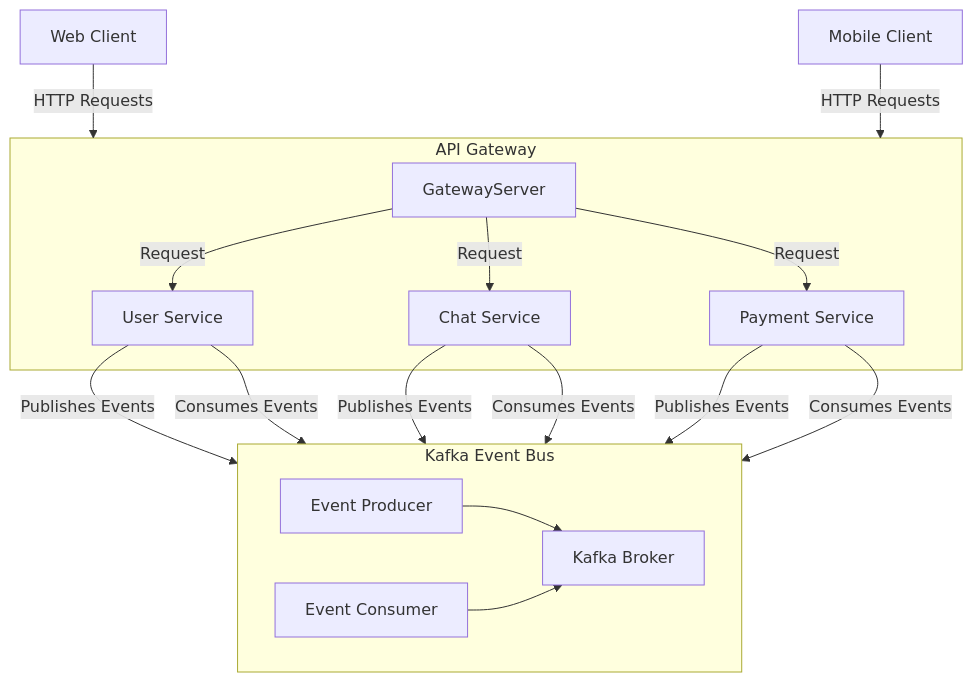
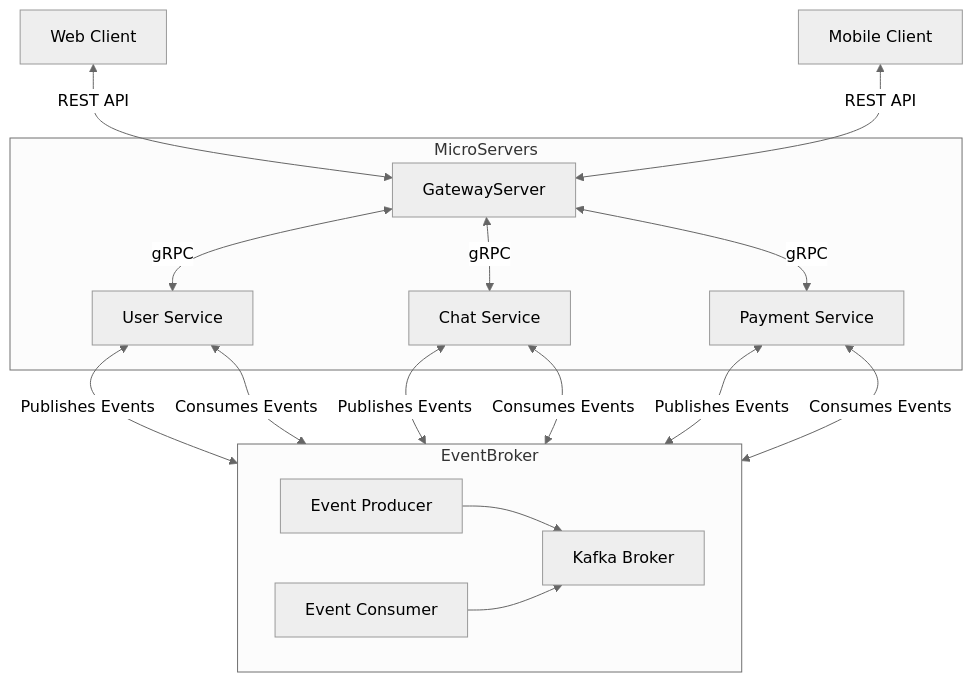
The diagram in README.md (hearlersofficial/hearlers-api), drawn with Mermaid before and after one commit. The commit also changed other lines of this file and 4 other files, not shown here.

````diff
--- a/README.md
+++ b/README.md
@@ -88,34 +52,34 @@
 ```mermaid
+%%{init: {'theme':'neutral'}}%%
 flowchart TD
     %% 외부 클라이언트에서 게이트웨이로의 접근
     Client1["Web Client"]
     Client2["Mobile Client"]
-    Client1 -->|HTTP Requests| APIGateway
-    Client2 -->|HTTP Requests| APIGateway
+    Client1 <-->|REST API| GatewayServer
+    Client2 <-->|REST API| GatewayServer
 
     %% 게이트웨이가 각 서비스로 라우팅
-    subgraph APIGateway["API Gateway"]
+    subgraph MicroServers["MicroServers"]
         GatewayServer
-        GatewayServer -->|Request| UserService["User Service"]
-        GatewayServer -->|Request| ChatService["Chat Service"]
-        GatewayServer -->|Request| PaymentService["Payment Service"]
+        GatewayServer <-->|gRPC| UserService["User Service"]
+        GatewayServer <-->|gRPC| ChatService["Chat Service"]
+        GatewayServer <-->|gRPC| PaymentService["Payment Service"]
+
+
     end
 
-    %% EventBus (Kafka)
-    subgraph EventBus["Kafka Event Bus"]
+    subgraph EventBroker["EventBroker"]
         KafkaProducer["Event Producer"]
         KafkaConsumer["Event Consumer"]
         KafkaProducer --> Kafka["Kafka Broker"]
         KafkaConsumer --> Kafka
     end
 
     %% 각 서비스는 Kafka와 통신
-    UserService -->|Publishes Events| EventBus
-    UserService -->|Consumes Events| EventBus
-    ChatService -->|Publishes Events| EventBus
-    ChatService -->|Consumes Events| EventBus
-    PaymentService -->|Publishes Events| EventBus
-    PaymentService -->|Consumes Events| EventBus
-
-
+    UserService <-->|Publishes Events| EventBroker
+    UserService <-->|Consumes Events| EventBroker
+    ChatService <-->|Publishes Events| EventBroker
+    ChatService <-->|Consumes Events| EventBroker
+    PaymentService <-->|Publishes Events| EventBroker
+    PaymentService <-->|Consumes Events| EventBroker
 ```
````
